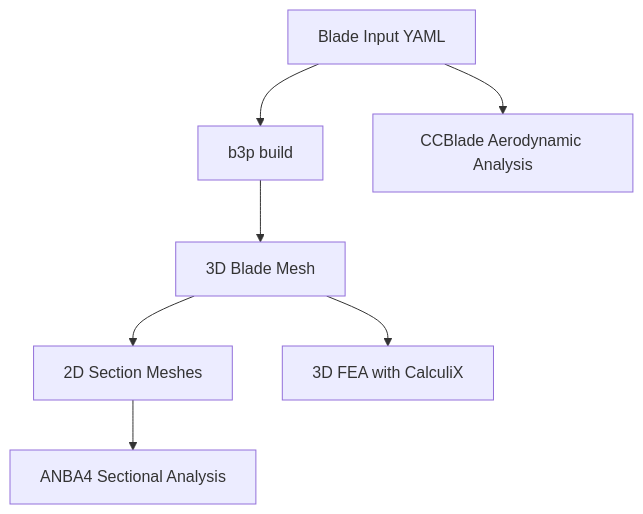
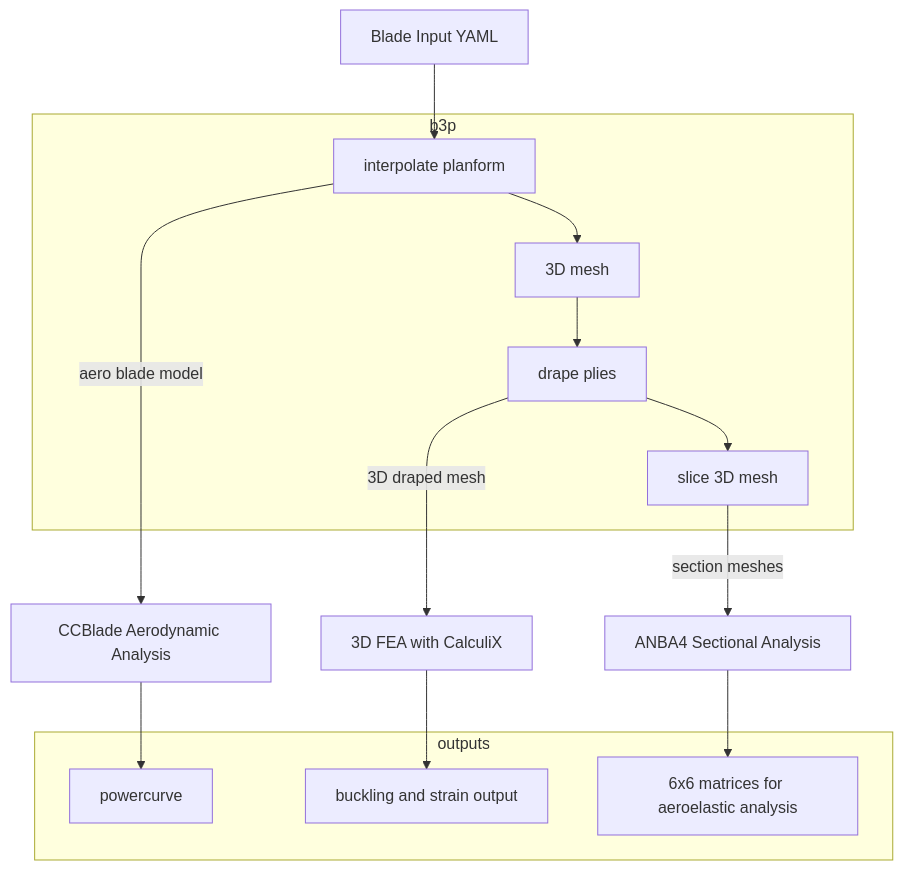
Before and after one commit to wr1/b3p: the diagram in docs/index.md, drawn with Mermaid. The commit also changed other lines of this file and 5 other files, not shown here.

````diff
--- a/docs/index.md
+++ b/docs/index.md
@@ -17,9 +21,29 @@
 ```mermaid
 graph TD
-    A[Blade Input YAML] --> B[b3p build]
-    B --> C[3D Blade Mesh]
-    C --> D[2D Section Meshes]
-    C --> E[3D FEA with CalculiX]
-    D --> F[ANBA4 Sectional Analysis]
-    A --> G[CCBlade Aerodynamic Analysis]
+    subgraph ss["b3p"]
+        %% fill[black]
+        B[interpolate planform]
+        C[3D mesh]
+        D[drape plies]
+        EE[slice 3D mesh]
+        %% EE[ccx post]
+    end
+    A[Blade Input YAML] --> B 
+    B --> C 
+    C --> D 
+    D --> EE
+    %% B --> C[3D Blade Mesh]
+    %% EE --> DD[2D Section Meshes]
+    D -->|3D draped mesh| E[3D FEA with CalculiX]
+    %% E --> EE
+    EE -->|section meshes| F[ANBA4 Sectional Analysis]
+    B -->|aero blade model| G[CCBlade Aerodynamic Analysis]
+    subgraph out["outputs"]
+        GG[powercurve]
+        SS[buckling and strain output]
+        S6[6x6 matrices for aeroelastic analysis]
+    end
+    G --> GG
+    E --> SS
+    F --> S6
 ```
````
